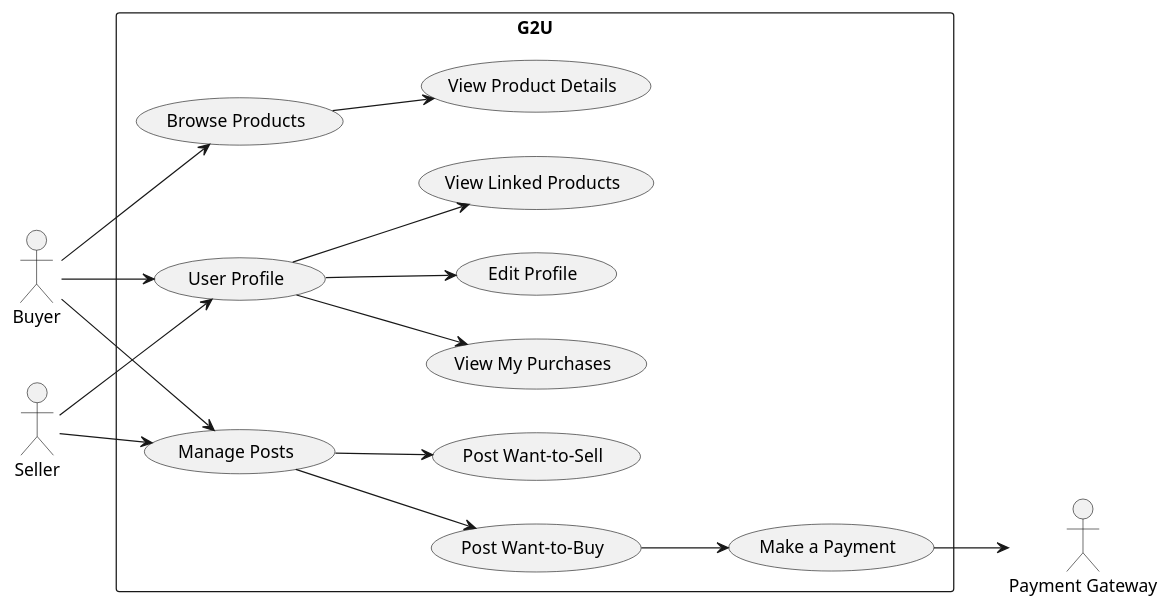
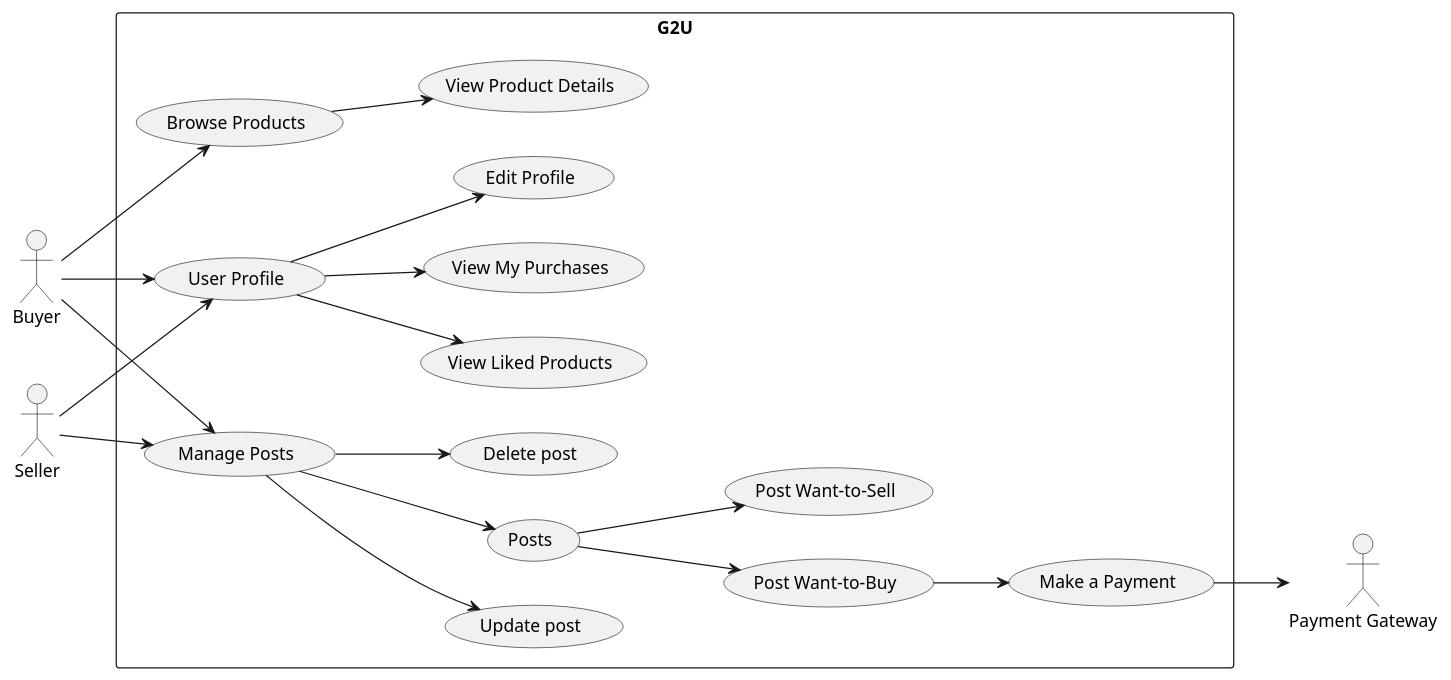
Before and after one commit to G2U-CPE36/G2U_docs: the diagram in arch/10_usecase_overall.puml, drawn with PlantUML.

Commit message:
feat: update and delete use case
Refactor: group WantToBuy and WantToSell together

```diff
--- a/arch/10_usecase_overall.puml
+++ b/arch/10_usecase_overall.puml
@@ -1,39 +1,47 @@
 @startuml
 left to right direction
 
 actor "Buyer" as Buyer
 actor "Seller" as Seller
 actor "Payment Gateway" as PaymentGateway
 
 rectangle "G2U" {
     usecase "Browse Products" as BrowseProduct
     usecase "View Product Details" as ViewProduct
     usecase "User Profile" as UserProfile
     usecase "Edit Profile" as EditProfile
-    usecase "View Linked Products" as LinkedProducts
+    usecase "View Liked Products" as LikedProducts
     usecase "View My Purchases" as MyPurchases
     usecase "Manage Posts" as ManagePosts
     usecase "Post Want-to-Buy" as WantToBuy
     usecase "Post Want-to-Sell" as WantToSell
     usecase "Make a Payment" as MakePayment
+    usecase "Delete post" as DeletePost
+    usecase "Update post" as UpdatePost
+    usecase "Posts" as Posts
 }
 
 Buyer--> BrowseProduct
 Buyer --> UserProfile
 Buyer --> ManagePosts
 
 Seller --> UserProfile
 Seller --> ManagePosts
 
 BrowseProduct --> ViewProduct
 
-ManagePosts--> WantToBuy
-ManagePosts--> WantToSell
 
-UserProfile -->LinkedProducts
+ManagePosts --> DeletePost
+ManagePosts --> UpdatePost
+ManagePosts --> Posts
+
+Posts--> WantToBuy
+Posts--> WantToSell
+
+UserProfile -->LikedProducts
 UserProfile -->EditProfile
 UserProfile -->MyPurchases
 
 WantToBuy -->MakePayment
 MakePayment -->PaymentGateway
 @enduml
```
